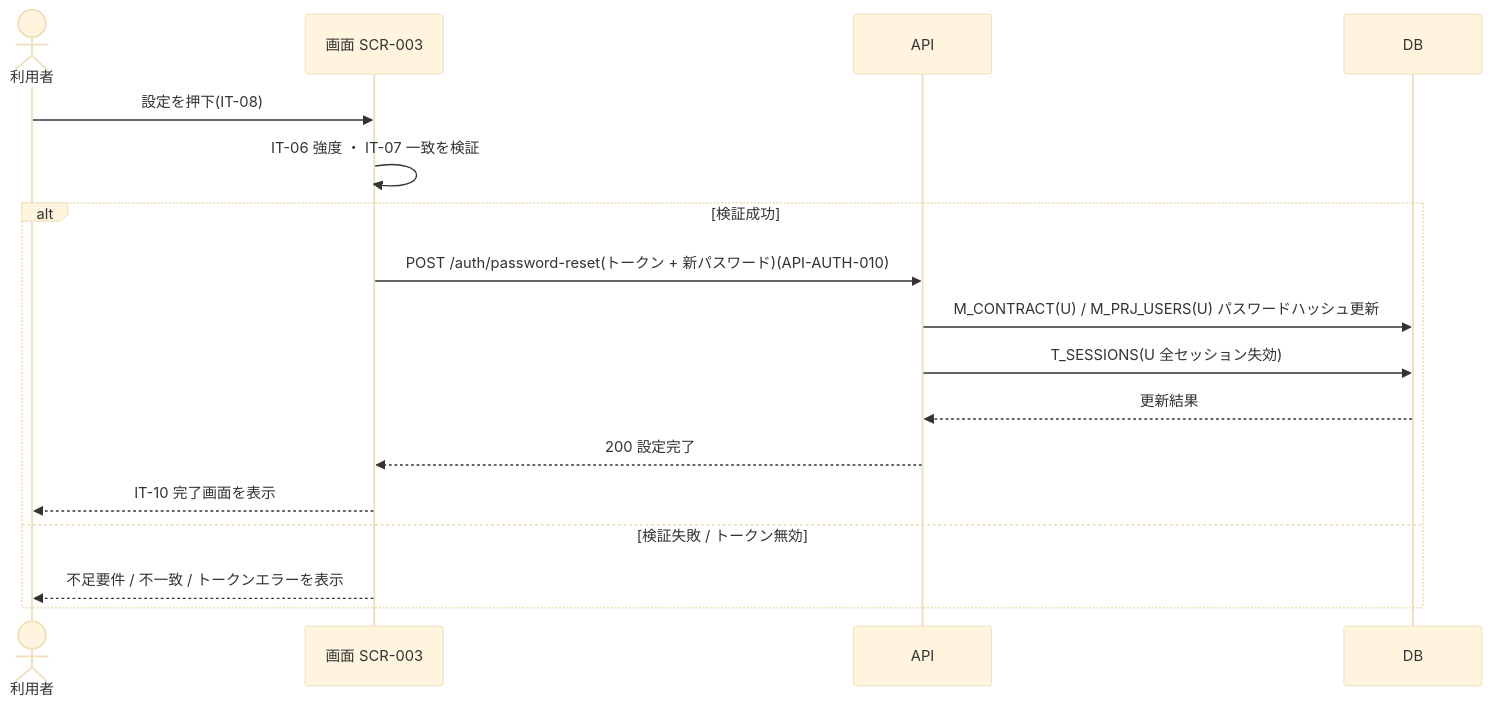
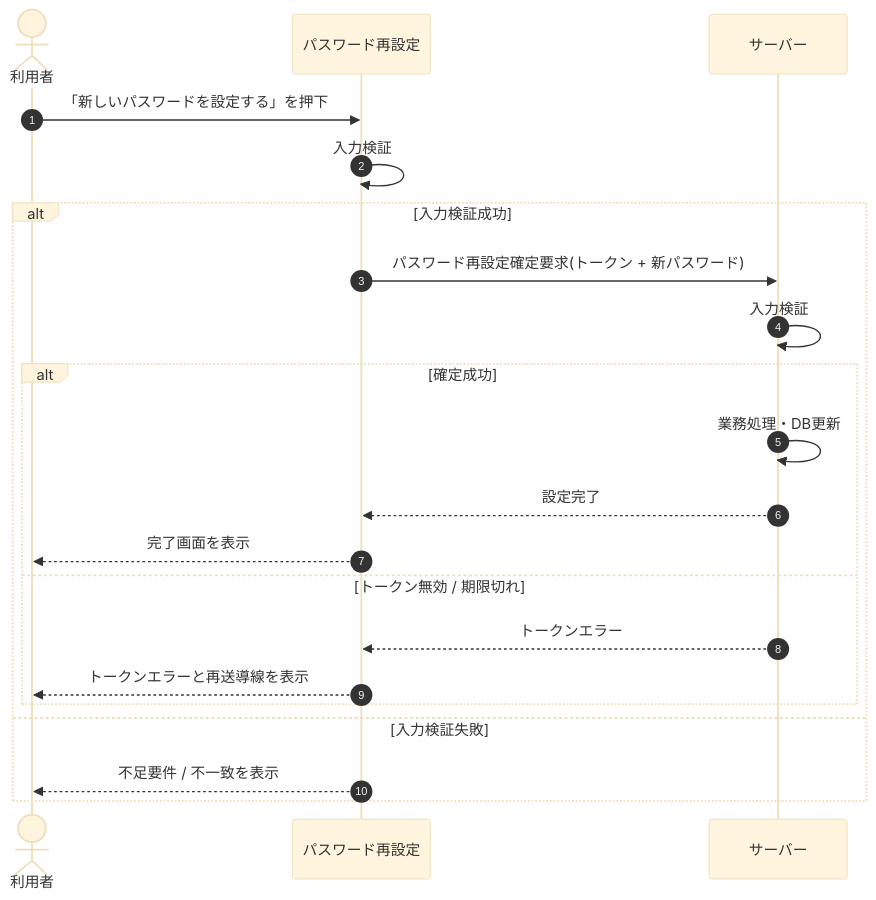
One commit to sikakou54/open-faq changed the diagram in 02_basic_design/05_sequences/SEQ-008.md. Above: the diagram before and after it, drawn with Mermaid (base theme). The commit also changed other lines of this file and 108 other files, not shown here.

First line of the commit message:
基本設計: シーケンス図を基本設計粒度(ユーザー/画面/サーバー)へ再編成

````diff
--- a/02_basic_design/05_sequences/SEQ-008.md
+++ b/02_basic_design/05_sequences/SEQ-008.md
@@ -25,19 +32,23 @@
 ```mermaid
 sequenceDiagram
+  autonumber
   actor U as 利用者
-  participant S as 画面 SCR-003
-  participant API as API
-  participant DB as DB
-  U->>S: 設定を押下(IT-08)
-  S->>S: IT-06 強度 ・ IT-07 一致を検証
-  alt 検証成功
-    S->>API: POST /auth/password-reset(トークン + 新パスワード)(API-AUTH-010)
-    API->>DB: M_CONTRACT(U) / M_PRJ_USERS(U) パスワードハッシュ更新
-    API->>DB: T_SESSIONS(U 全セッション失効)
-    DB-->>API: 更新結果
-    API-->>S: 200 設定完了
-    S-->>U: IT-10 完了画面を表示
-  else 検証失敗 / トークン無効
-    S-->>U: 不足要件 / 不一致 / トークンエラーを表示
+  participant Screen as パスワード再設定
+  participant Server as サーバー
+  U->>Screen: 「新しいパスワードを設定する」を押下
+  Screen->>Screen: 入力検証
+  alt 入力検証成功
+    Screen->>Server: パスワード再設定確定要求(トークン + 新パスワード)
+    Server->>Server: 入力検証
+    alt 確定成功
+      Server->>Server: 業務処理・DB更新
+      Server-->>Screen: 設定完了
+      Screen-->>U: 完了画面を表示
+    else トークン無効 / 期限切れ
+      Server-->>Screen: トークンエラー
+      Screen-->>U: トークンエラーと再送導線を表示
+    end
+  else 入力検証失敗
+    Screen-->>U: 不足要件 / 不一致を表示
   end
 ```
````
